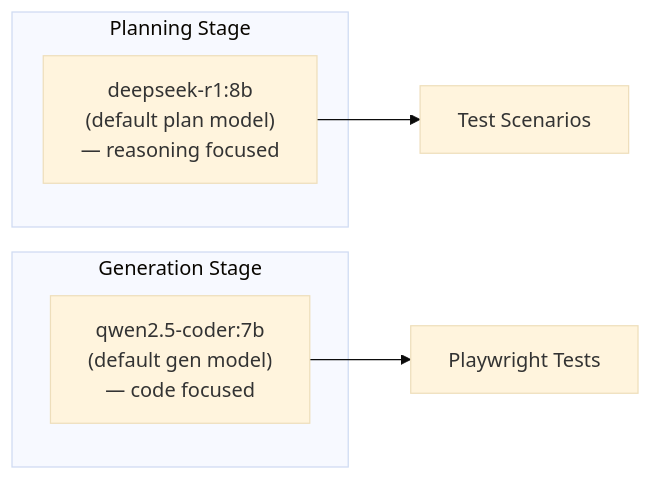
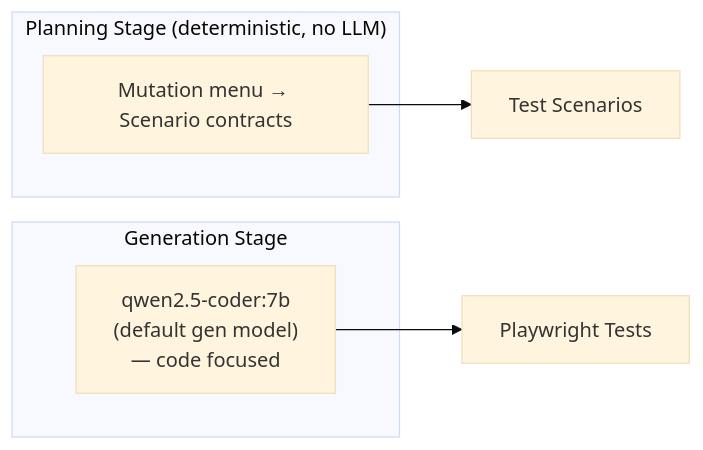
One commit to moaidmoatasem/cherenkov-qa changed the diagram in docs/wiki/Configuration.md. Above: the diagram before and after it, drawn with Mermaid (base theme). The commit also changed other lines of this file and 1 other file, not shown here.

First line of the commit message:
docs(wiki): remove fictional deepseek-r1 planning-model references

````diff
--- a/docs/wiki/Configuration.md
+++ b/docs/wiki/Configuration.md
@@ -137,12 +138,12 @@
 ```mermaid
 flowchart LR
-    subgraph PLANNING ["Planning Stage"]
-        P1["deepseek-r1:8b\n(default plan model)\n— reasoning focused"]
+    subgraph PLANNING ["Planning Stage (deterministic, no LLM)"]
+        P1[Mutation menu → Scenario contracts]
     end
     subgraph GENERATION ["Generation Stage"]
         G1["qwen2.5-coder:7b\n(default gen model)\n— code focused"]
     end
 
     P1 --> SCENARIOS[Test Scenarios]
     G1 --> TESTS[Playwright Tests]
 ```
````
